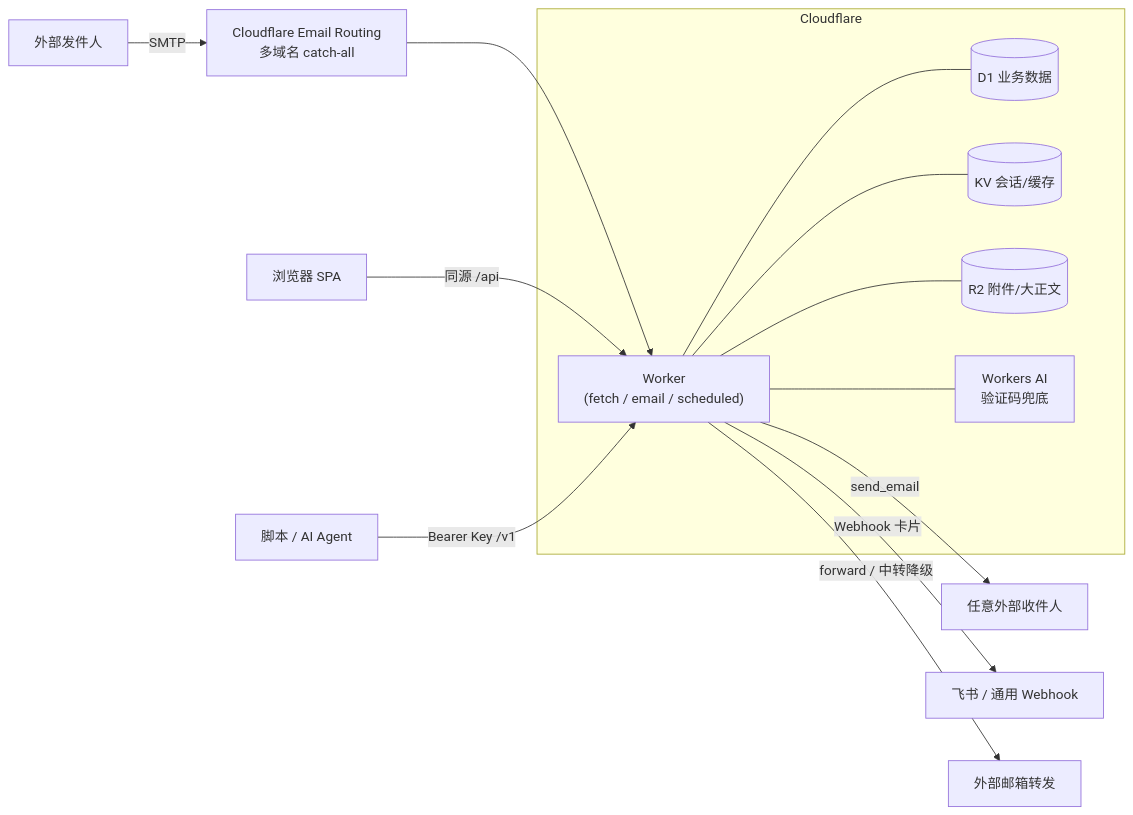
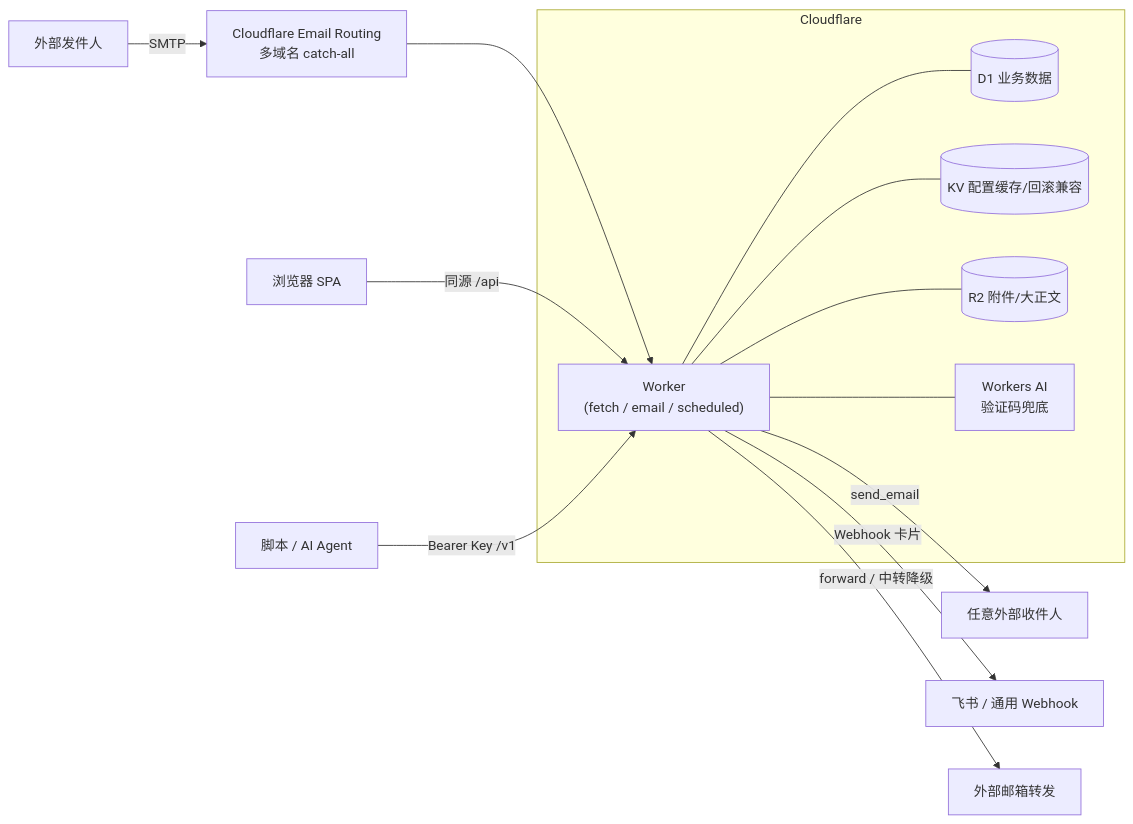
One commit to riba2534/hpc-mail changed the diagram in README.md. Above: the diagram before and after it, drawn with Mermaid. The commit also changed other lines of this file and 55 other files, not shown here.

````diff
--- a/README.md
+++ b/README.md
@@ -87,23 +87,23 @@
 ```mermaid
 flowchart LR
     S[外部发件人] -->|SMTP| ER[Cloudflare Email Routing<br/>多域名 catch-all]
     ER --> W
 
     subgraph CF [Cloudflare]
         W["Worker<br/>(fetch / email / scheduled)"]
         D1[(D1 业务数据)]
-        KV[(KV 会话/缓存)]
+        KV[(KV 配置缓存/回滚兼容)]
         R2[(R2 附件/大正文)]
         AI[Workers AI<br/>验证码兜底]
         W --- D1
         W --- KV
         W --- R2
         W --- AI
     end
 
     B[浏览器 SPA] -->|同源 /api| W
     C[脚本 / AI Agent] -->|Bearer Key /v1| W
     W -->|send_email| OUT[任意外部收件人]
     W -->|Webhook 卡片| FS[飞书 / 通用 Webhook]
     W -->|forward / 中转降级| FW[外部邮箱转发]
 ```
````
